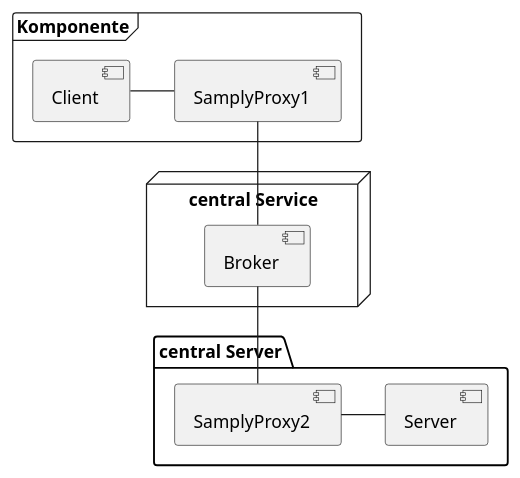
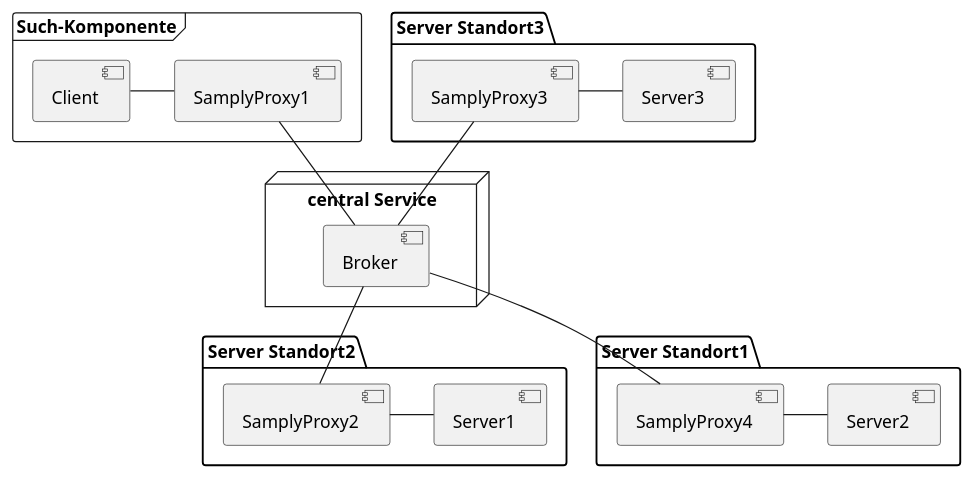
The diagram in Projekte/Verbis/BasicBeam.puml (Martin1088/Plantuml-With-Screenreader), drawn with PlantUML before and after one commit. The commit also changed 38 other files, not shown here.

```diff
--- a/Projekte/Verbis/BasicBeam.puml
+++ b/Projekte/Verbis/BasicBeam.puml
@@ -1,24 +1,39 @@
 @startuml
 
 
-frame "Komponente"{
+frame "Such-Komponente"{
     [Client]
     [SamplyProxy1]
 }
 
 node "central Service" {
     [Broker]
 }
 
 
-package "central Server" {
+package "Server Standort2" {
     [SamplyProxy2]
-    [Server]
+    [Server1]
 }
+
+package "Server Standort1" {
+    [SamplyProxy4]
+    [Server2]
+}
+
+package "Server Standort3" {
+    [SamplyProxy3]
+    [Server3]
+}
+
 
 '' Verbindungen
 [Client] - [SamplyProxy1]
 [SamplyProxy1] -- [Broker]
+[SamplyProxy3] -- [Broker]
 [Broker] -- [SamplyProxy2]
-[SamplyProxy2] - [Server]
+[Broker] -- [SamplyProxy4]
+[SamplyProxy2] - [Server1]
+[SamplyProxy4] - [Server2]
+[SamplyProxy3] - [Server3]
 @enduml
```
